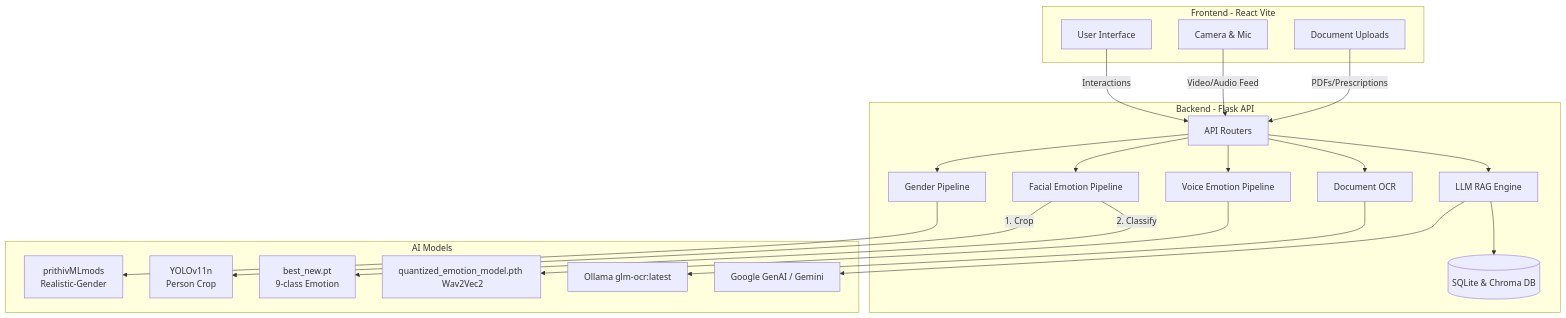
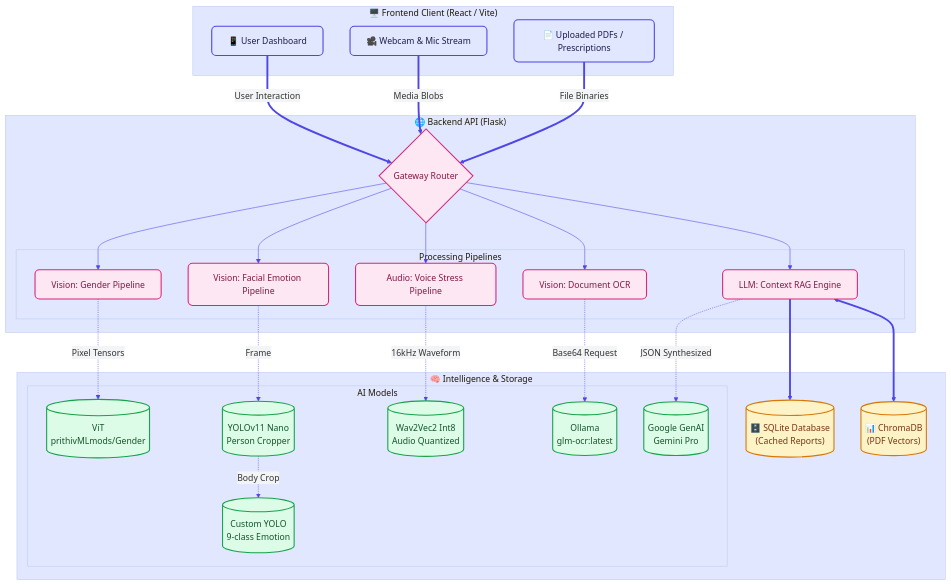
Before and after one commit to Dinuk-Di/Prison-Person-Analysis: the diagram in README.md, drawn with Mermaid. The commit also changed other lines of this file, not shown here.

Commit message:
Updated System Architecture Diagram

````diff
--- a/README.md
+++ b/README.md
@@ -14,46 +14,66 @@
 ```mermaid
+%%{init: {'theme': 'base', 'themeVariables': { 'primaryColor': '#ffffff', 'primaryTextColor': '#333333', 'primaryBorderColor': '#7C3AED', 'lineColor': '#4F46E5', 'secondaryColor': '#F3F4F6', 'tertiaryColor': '#E0E7FF' }}}%%
 graph TD
-    subgraph Frontend [Frontend - React Vite]
-        UI[User Interface]
-        CAM[Camera & Mic]
-        DOC[Document Uploads]
+    classDef frontend fill:#E0E7FF,stroke:#4F46E5,stroke-width:2px,color:#1e1b4b,rx:8px,ry:8px;
+    classDef backend fill:#FCE7F3,stroke:#DB2777,stroke-width:2px,color:#831843,rx:8px,ry:8px;
+    classDef model fill:#DCFCE7,stroke:#16A34A,stroke-width:2px,color:#14532D,rx:8px,ry:8px;
+    classDef database fill:#FEF3C7,stroke:#D97706,stroke-width:2px,color:#78350F,rx:8px,ry:8px;
+
+    %% Client Layer
+    subgraph Client ["🖥️ Frontend Client (React / Vite)"]
+        UI["📱 User Dashboard"]:::frontend
+        CAM["🎥 Webcam & Mic Stream"]:::frontend
+DOC["📄 Uploaded PDFs / Prescriptions"]:::frontend
     end
 
-    subgraph Backend [Backend - Flask API]
-        ROUTER[API Routers]
-        GENDER[Gender Pipeline]
-        EMO_FACE[Facial Emotion Pipeline]
-        EMO_VOICE[Voice Emotion Pipeline]
-        OCR[Document OCR]
-        RAG[LLM RAG Engine]
-        DB[(SQLite & Chroma DB)]
+    %% API Layer
+    subgraph Orchestration ["🌐 Backend API (Flask)"]
+        ROUTER{"Gateway Router"}:::backend
+
+        subgraph Pipelines ["Processing Pipelines"]
+            GENDER["Vision: Gender Pipeline"]:::backend
+            EMO_FACE["Vision: Facial Emotion Pipeline"]:::backend
+            EMO_VOICE["Audio: Voice Stress Pipeline"]:::backend
+            OCR["Vision: Document OCR"]:::backend
+            RAG["LLM: Context RAG Engine"]:::backend
+        end
     end
 
-    subgraph Models [AI Models]
-        VIT[prithivMLmods <br> Realistic-Gender]
-        Y11[YOLOv11n <br> Person Crop]
-        BEST[best_new.pt <br> 9-class Emotion]
-        W2V[quantized_emotion_model.pth <br> Wav2Vec2]
-        GLM[Ollama glm-ocr:latest]
-        GENAI[Google GenAI / Gemini]
+    %% Data & Intelligence Layer
+    subgraph Intelligence ["🧠 Intelligence & Storage"]
+        %% Models
+        subgraph Machine_Learning ["AI Models"]
+            VIT[("ViT <br> prithivMLmods/Gender")]:::model
+            Y11[("YOLOv11 Nano <br> Person Cropper")]:::model
+            BEST[("Custom YOLO <br> 9-class Emotion")]:::model
+            W2V[("Wav2Vec2 Int8 <br> Audio Quantized")]:::model
+            GLM[("Ollama <br> glm-ocr:latest")]:::model
+            GENAI[("Google GenAI <br> Gemini Pro")]:::model
+        end
+
+        %% Databases
+        DB[("🗄️ SQLite Database <br> (Cached Reports)")]:::database
+        CHROMA[("📊 ChromaDB <br> (PDF Vectors)")]:::database
     end
 
-    UI -->|Interactions| ROUTER
-    CAM -->|Video/Audio Feed| ROUTER
-    DOC -->|PDFs/Prescriptions| ROUTER
+    %% Connections
+    UI ==>|User Interaction| ROUTER
+    CAM ==>|Media Blobs| ROUTER
+    DOC ==>|File Binaries| ROUTER
 
     ROUTER --> GENDER
     ROUTER --> EMO_FACE
     ROUTER --> EMO_VOICE
     ROUTER --> OCR
     ROUTER --> RAG
 
-    GENDER --> VIT
-    EMO_FACE -->|1. Crop| Y11
-    EMO_FACE -->|2. Classify| BEST
-    EMO_VOICE --> W2V
-    OCR --> GLM
-    RAG --> GENAI
+    GENDER -.->|Pixel Tensors| VIT
+    EMO_FACE -.->|Frame| Y11
+    Y11 -.->|Body Crop| BEST
+    EMO_VOICE -.->|16kHz Waveform| W2V
+    OCR -.->|Base64 Request| GLM
 
-    RAG --> DB
+    RAG -.->|JSON Synthesized| GENAI
+    RAG <==> CHROMA
+    RAG ==> DB
 ```
````
